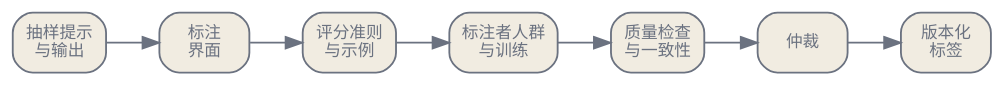
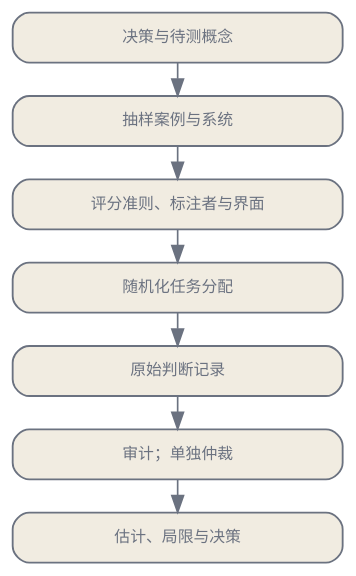
The diagram in zh/evaluation/03-human-evaluation-rubrics.qmd (latere-ai/ai-as-an-infrastructure), drawn with Graphviz before and after one commit. The commit also changed other lines of this file and 2 other files, not shown here.

````diff
--- a/zh/evaluation/03-human-evaluation-rubrics.qmd
+++ b/zh/evaluation/03-human-evaluation-rubrics.qmd
@@ -11,19 +23,19 @@
 ```{dot}
 //| label: fig-human-evaluation-protocol
-//| fig-cap: "人类评测是一条测量流水线。最终标签受到抽样、界面、评分准则、标注者人群、可靠性检查与仲裁的共同塑造。只把最终分数当作数据，会把信号在哪里被制造出来藏掉。"
+//| fig-cap: "人类评测必须保留从决策到原始判断的完整路径。可靠性分析和仲裁都以原始记录为输入；仲裁不能覆盖原始记录。"
 digraph {
   bgcolor="transparent";
-  rankdir=LR;
-  nodesep=0.35; ranksep=0.45;
-  node [shape=box, style="rounded,filled", fontname="Helvetica", fontsize=10, color="#6b7280", fontcolor="#6b7280", fillcolor="#f1ece1", penwidth=1.1];
-  edge [fontsize=10, fontname="Helvetica", color="#6b7280", fontcolor="#6b7280"];
-  S [label="抽样提示\n与输出"];
-  I [label="标注\n界面"];
-  R [label="评分准则\n与示例"];
-  A [label="标注者人群\n与训练"];
-  Q [label="质量检查\n与一致性"];
-  D [label="仲裁"];
-  L [label="版本化\n标签"];
-  S -> I -> R -> A -> Q -> D -> L;
+  rankdir=TB;
+  nodesep=0.22; ranksep=0.28;
+  node [shape=box, style="rounded,filled", fixedsize=true, width=2.75, height=0.42, fontname="Helvetica", fontsize=9.5, color="#6b7280", fontcolor="#6b7280", fillcolor="#f1ece1", penwidth=1.1];
+  edge [fontsize=9, fontname="Helvetica", color="#6b7280", fontcolor="#6b7280"];
+  C [label="决策与待测概念"];
+  S [label="抽样案例与系统"];
+  P [label="评分准则、标注者与界面"];
+  A [label="随机化任务分配"];
+  R [label="原始判断记录"];
+  Q [label="审计；单独仲裁"];
+  O [label="估计、局限与决策"];
+  C -> S -> P -> A -> R -> Q -> O;
 }
 ```
````
